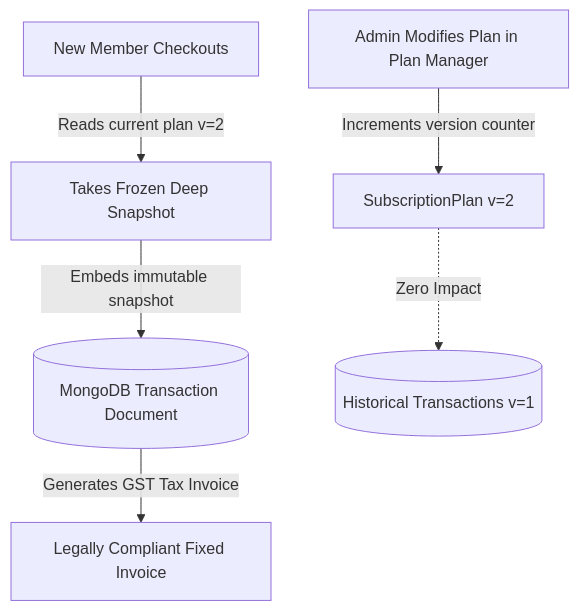
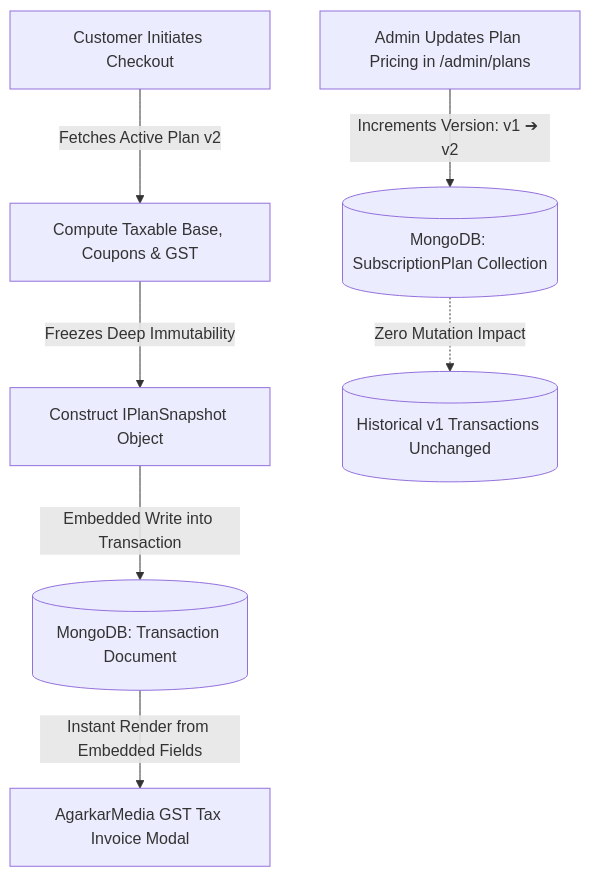
Before and after one commit to Rishikeshnambiar/Fitness-subscription-system: the diagram in SNAPSHOT_STRATEGY.md, drawn with Mermaid. The commit also changed other lines of this file and 1 other file, not shown here.

Commit message:
docs(architecture): update comprehensive system architecture and snapshot strategy

````diff
--- a/SNAPSHOT_STRATEGY.md
+++ b/SNAPSHOT_STRATEGY.md
@@ -41,8 +42,9 @@
 ```mermaid
 flowchart TD
-    A[Admin Modifies Plan in Plan Manager] -->|Increments version counter| B[SubscriptionPlan v=2]
-    C[New Member Checkouts] -->|Reads current plan v=2| D[Takes Frozen Deep Snapshot]
-    D -->|Embeds immutable snapshot| E[(MongoDB Transaction Document)]
-    E -->|Generates GST Tax Invoice| F[Legally Compliant Fixed Invoice]
-    B -.->|Zero Impact| G[(Historical Transactions v=1)]
+    A[Admin Updates Plan Pricing in /admin/plans] -->|Increments Version: v1 ➔ v2| B[(MongoDB: SubscriptionPlan Collection)]
+    C[Customer Initiates Checkout] -->|Fetches Active Plan v2| D[Compute Taxable Base, Coupons & GST]
+    D -->|Freezes Deep Immutability| E[Construct IPlanSnapshot Object]
+    E -->|Embedded Write into Transaction| F[(MongoDB: Transaction Document)]
+    F -->|Instant Render from Embedded Fields| G[AgarkarMedia GST Tax Invoice Modal]
+    B -.->|Zero Mutation Impact| H[(Historical v1 Transactions Unchanged)]
 ```
````
